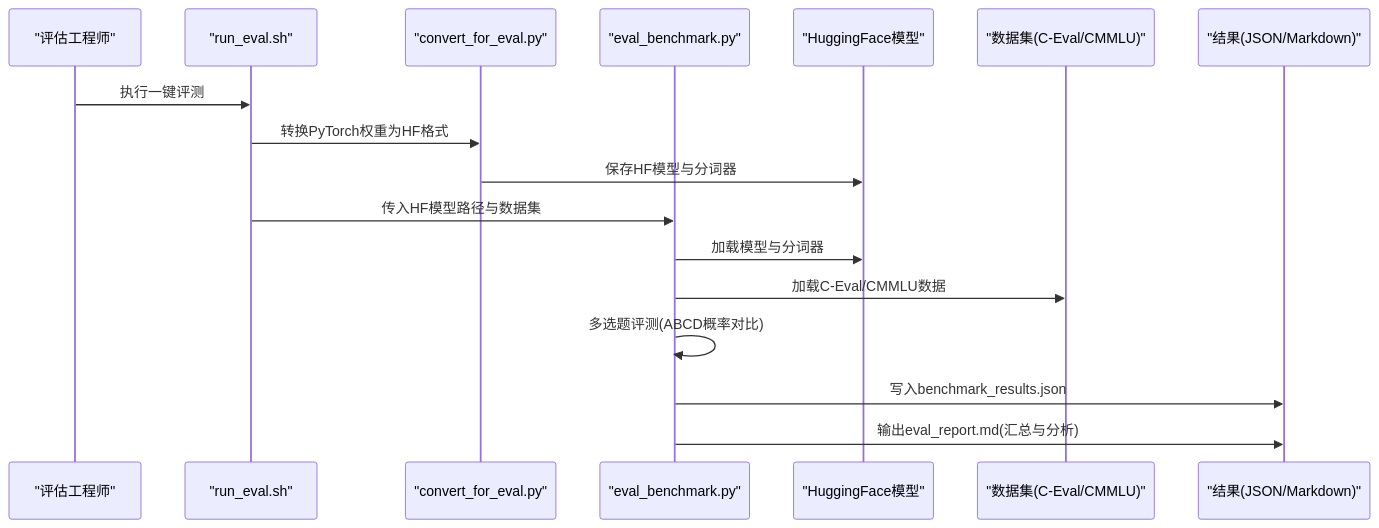
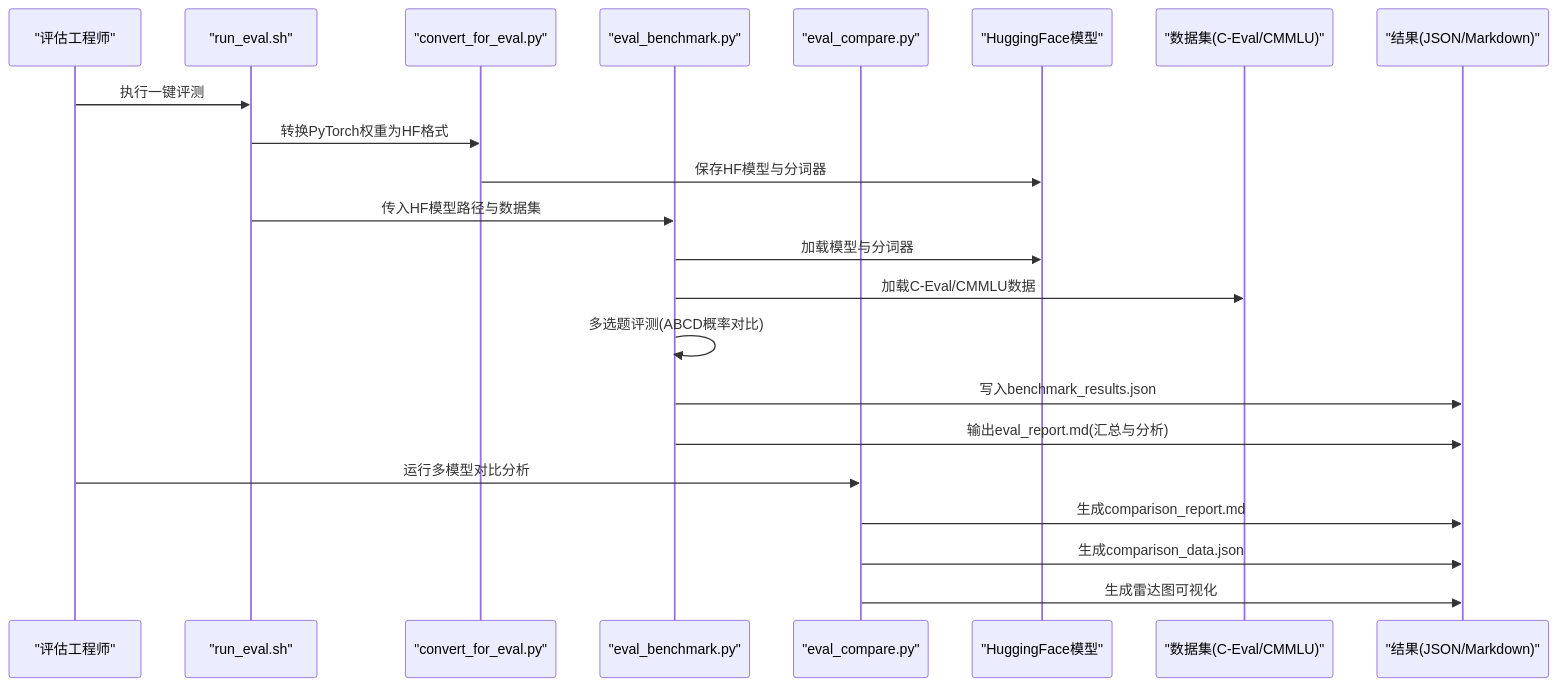
One commit to shiyukonghui/minimind changed the second of 8 diagrams in .qoder/repowiki/zh/content/实验与评估/性能评估.md. Above: the diagram before and after it, drawn with Mermaid. The commit also changed other lines of this file and 5 other files, not shown here.

````diff
--- a/.qoder/repowiki/zh/content/实验与评估/性能评估.md
+++ b/.qoder/repowiki/zh/content/实验与评估/性能评估.md
@@ -156,19 +187,24 @@
 ```mermaid
 sequenceDiagram
 participant Dev as "评估工程师"
 participant Script as "run_eval.sh"
 participant Convert as "convert_for_eval.py"
 participant Bench as "eval_benchmark.py"
+participant Compare as "eval_compare.py"
 participant HF as "HuggingFace模型"
 participant DS as "数据集(C-Eval/CMMLU)"
 participant Out as "结果(JSON/Markdown)"
 Dev->>Script : 执行一键评测
 Script->>Convert : 转换PyTorch权重为HF格式
 Convert->>HF : 保存HF模型与分词器
 Script->>Bench : 传入HF模型路径与数据集
 Bench->>HF : 加载模型与分词器
 Bench->>DS : 加载C-Eval/CMMLU数据
 Bench->>Bench : 多选题评测(ABCD概率对比)
 Bench->>Out : 写入benchmark_results.json
 Bench->>Out : 输出eval_report.md(汇总与分析)
+Dev->>Compare : 运行多模型对比分析
+Compare->>Out : 生成comparison_report.md
+Compare->>Out : 生成comparison_data.json
+Compare->>Out : 生成雷达图可视化
 ```
````
